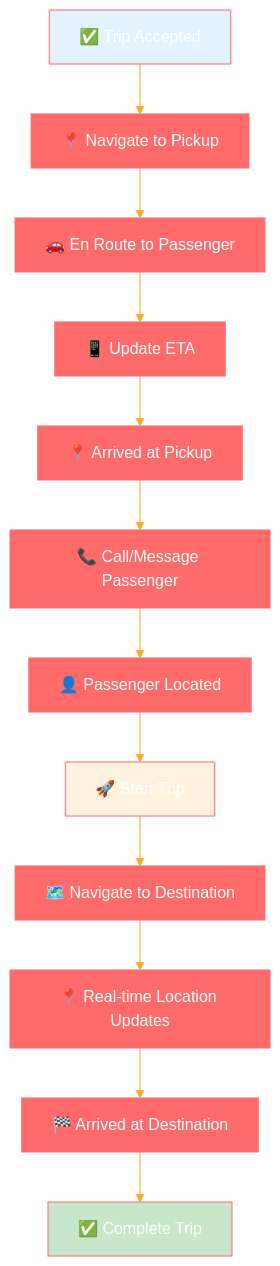
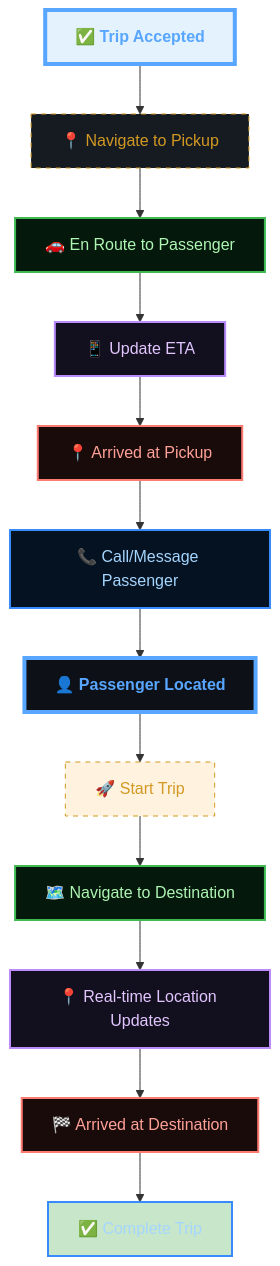
The tenth of 20 diagrams in docs/user-journeys/driver-flow.md (abdoElHodaky/transportapp), drawn with Mermaid before and after one commit. The commit also changed other lines of this file and 9 other files, not shown here.

````diff
--- a/docs/user-journeys/driver-flow.md
+++ b/docs/user-journeys/driver-flow.md
@@ -406,19 +687,51 @@
 ```mermaid
-%%{init: {'theme':'base', 'themeVariables': {'primaryColor':'#ff6b6b','primaryTextColor':'#fff','primaryBorderColor':'#ff6b6b','lineColor':'#ffa726','sectionBkgColor':'#ff6b6b','altSectionBkgColor':'#fff','gridColor':'#fff','secondaryColor':'#006100','tertiaryColor':'#fff'}}}%%
 flowchart TD
     A[✅ Trip Accepted] --> B[📍 Navigate to Pickup]
     B --> C[🚗 En Route to Passenger]
     C --> D[📱 Update ETA]
     D --> E[📍 Arrived at Pickup]
     E --> F[📞 Call/Message Passenger]
     F --> G[👤 Passenger Located]
     G --> H[🚀 Start Trip]
     H --> I[🗺️ Navigate to Destination]
     I --> J[📍 Real-time Location Updates]
     J --> K[🏁 Arrived at Destination]
     K --> L[✅ Complete Trip]
     
     style A fill:#e3f2fd
     style H fill:#fff3e0
     style L fill:#c8e6c9
+
+    %% --- DARK GRADIENT & GLOW STYLING ---
+    
+    %% Main Dashboard (Neon Cyan/Blue)
+    classDef main fill:#0d1117,stroke:#58a6ff,stroke-width:4px,color:#58a6ff,font-weight:bold;
+    
+    %% Decision Diamond (Gold Glow)
+    classDef decision fill:#161b22,stroke:#d29922,color:#d29922,stroke-dasharray: 5 5;
+    
+    %% Revenue (Emerald Gradient Style)
+    classDef revNode fill:#04190b,stroke:#3fb950,color:#aff5b4,stroke-width:2px;
+    
+    %% Commission (Purple Gradient Style)
+    classDef commNode fill:#12101e,stroke:#bc8cff,color:#e2c5ff,stroke-width:2px;
+    
+    %% Refund (Ruby Gradient Style)
+    classDef refNode fill:#1a0b0b,stroke:#ff7b72,color:#ffa198,stroke-width:2px;
+    
+    %% Earnings (Sapphire Gradient Style)
+    classDef earnNode fill:#051221,stroke:#388bfd,color:#a5d6ff,stroke-width:2px;
+
+    class A main;
+    class B decision;
+    class C revNode;
+    class D commNode;
+    class E refNode;
+    class F earnNode;
+    class G main;
+    class H decision;
+    class I revNode;
+    class J commNode;
+    class K refNode;
+    class L earnNode;
 ```
````
